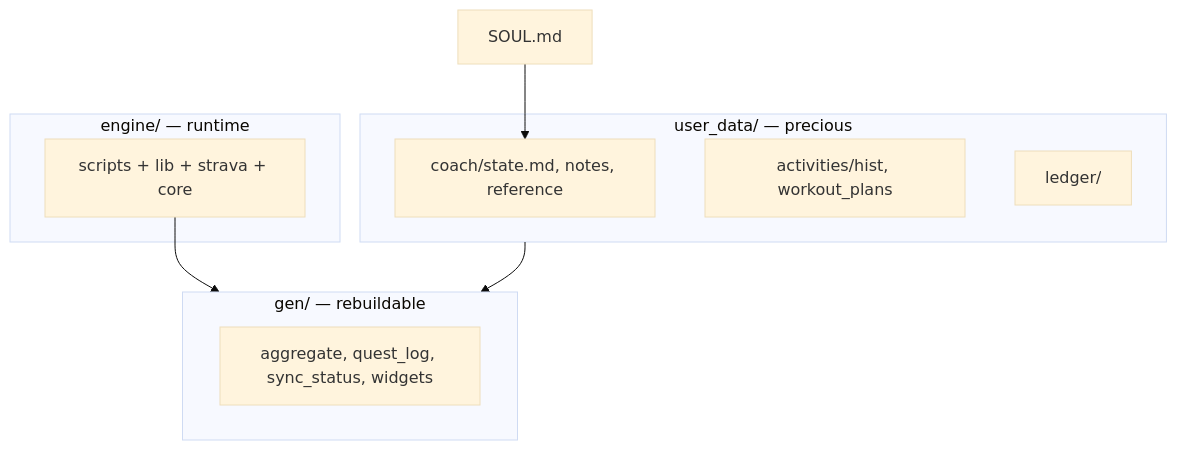
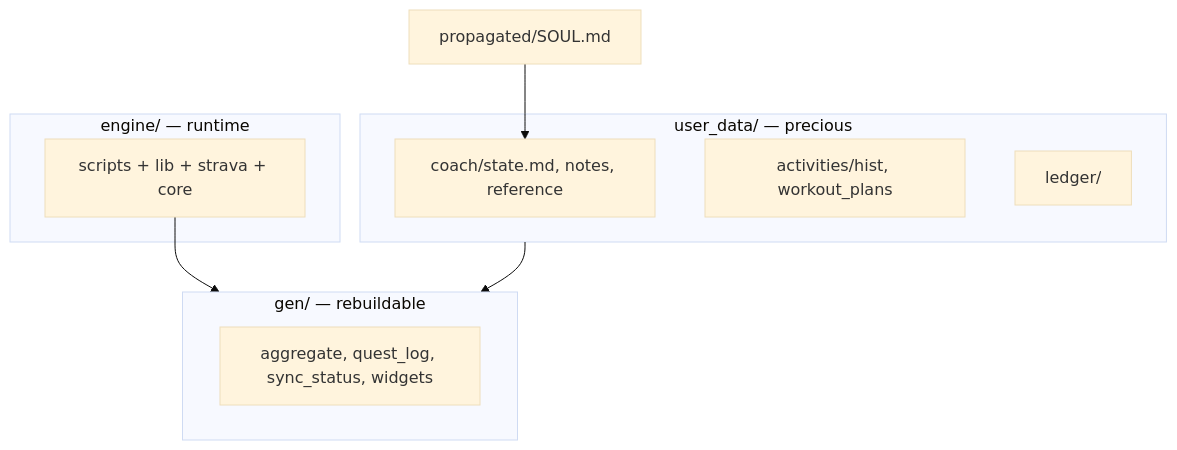
Before and after one commit to sibling-shipyard/coach-hq: the diagram in engine/README.md, drawn with Mermaid (base theme). The commit also changed other lines of this file and 17 other files, not shown here.

First line of the commit message:
core: move SOUL + reference docs to propagated/

````diff
--- a/engine/README.md
+++ b/engine/README.md
@@ -30,17 +30,17 @@
 ```mermaid
 flowchart TB
   subgraph engine["engine/ — runtime"]
     scripts["scripts + lib + strava + core"]
   end
   subgraph gen["gen/ — rebuildable"]
     out["aggregate, quest_log, sync_status, widgets"]
   end
   subgraph ud["user_data/ — precious"]
     coach["coach/state.md, notes, reference"]
     act["activities/hist, workout_plans"]
     ledger["ledger/"]
   end
-  soul["SOUL.md"] --> coach
+  soul["propagated/SOUL.md"] --> coach
   scripts --> gen
   ud --> gen
 ```
````
